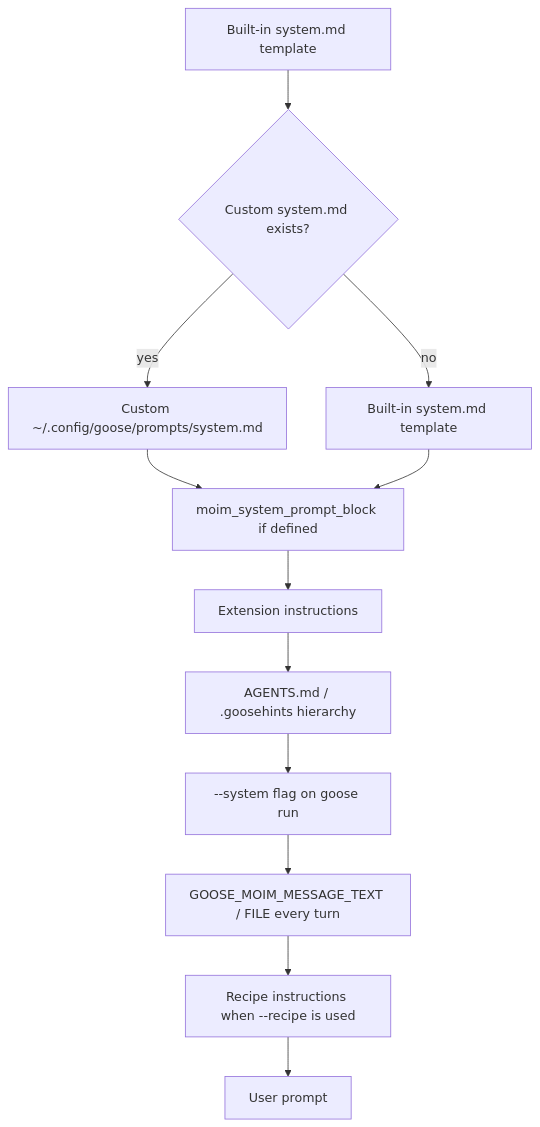
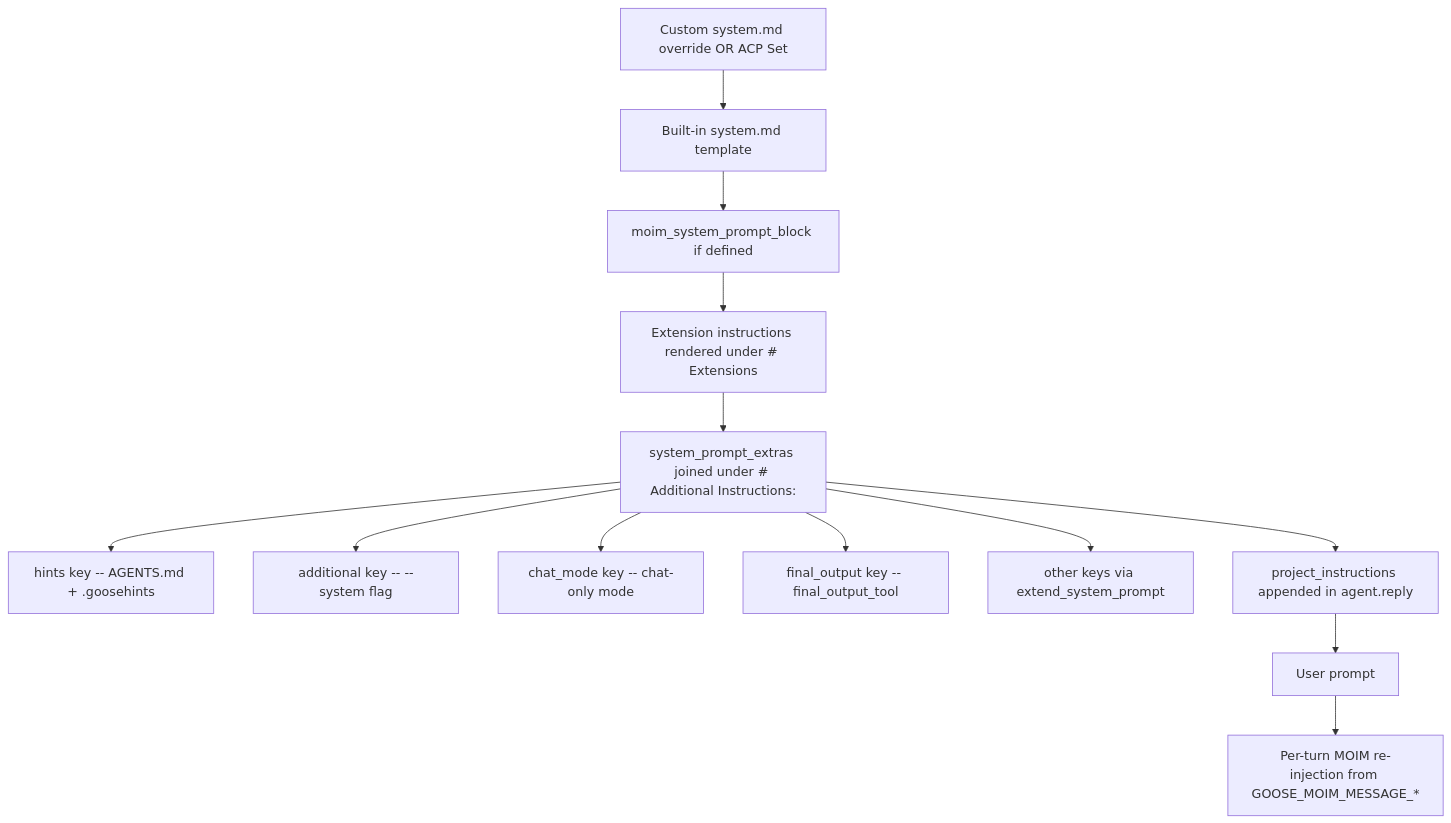
One commit to yankeeinlondon/rusty-biscuit changed the diagram in claudine/docs/research/system-prompt/goose.md. Above: the diagram before and after it, drawn with Mermaid. The commit also changed other lines of this file and 9 other files, not shown here.

First line of the commit message:
docs(claudine): expand system-prompt fleet with kilo, kimi providers

````diff
--- a/claudine/docs/research/system-prompt/goose.md
+++ b/claudine/docs/research/system-prompt/goose.md
@@ -271,14 +480,15 @@
 ```mermaid
 graph TD
-    A[Built-in system.md template] --> B{Custom system.md exists?}
-    B -- yes --> C[Custom ~/.config/goose/prompts/system.md]
-    B -- no --> D[Built-in system.md template]
-    C --> E[moim_system_prompt_block if defined]
-    D --> E
-    E --> F[Extension instructions]
-    F --> G[AGENTS.md / .goosehints hierarchy]
-    G --> H[--system flag on goose run]
-    H --> I[GOOSE_MOIM_MESSAGE_TEXT / FILE every turn]
-    I --> J[Recipe instructions when --recipe is used]
-    J --> K[User prompt]
+    A[Custom system.md override OR ACP Set] --> B[Built-in system.md template]
+    B --> C[moim_system_prompt_block if defined]
+    C --> D[Extension instructions rendered under # Extensions]
+    D --> E[system_prompt_extras joined under # Additional Instructions:]
+    E --> E1[hints key -- AGENTS.md + .goosehints]
+    E --> E2[additional key -- --system flag]
+    E --> E3[chat_mode key -- chat-only mode]
+    E --> E4[final_output key -- final_output_tool]
+    E --> E5[other keys via extend_system_prompt]
+    E --> F[project_instructions appended in agent.reply]
+    F --> G[User prompt]
+    G --> H[Per-turn MOIM re-injection from GOOSE_MOIM_MESSAGE_*]
 ```
````
